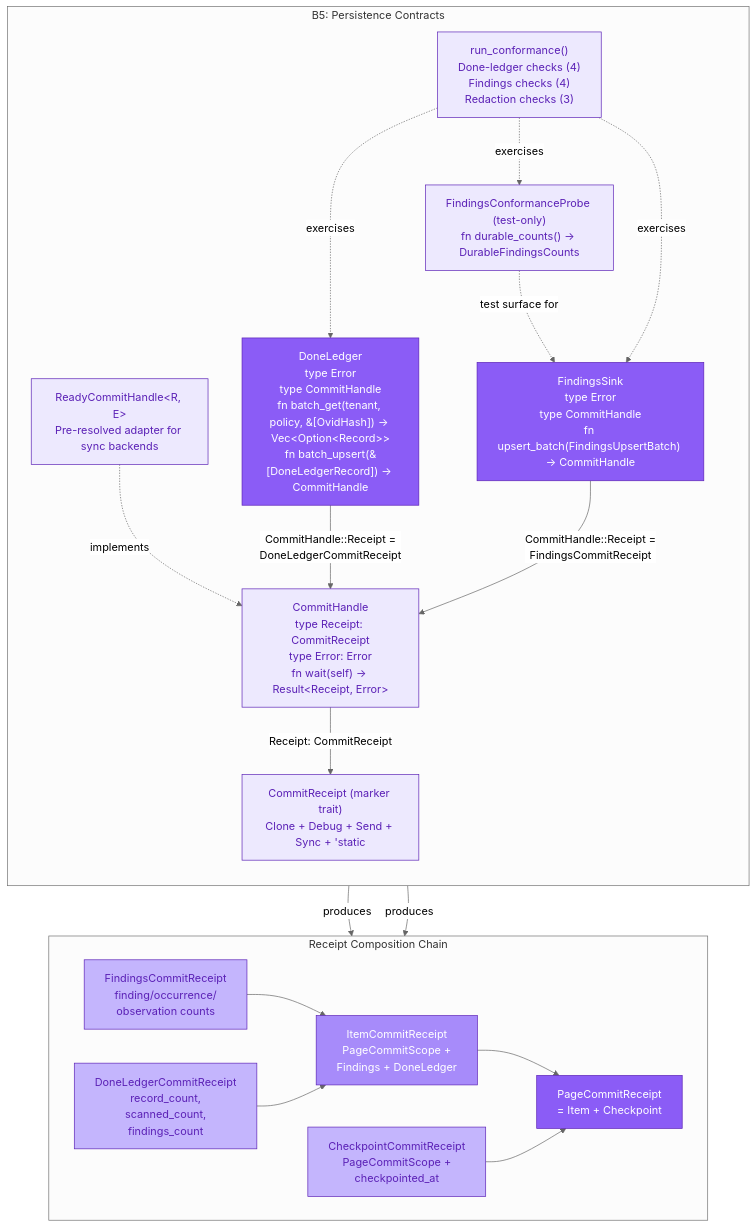
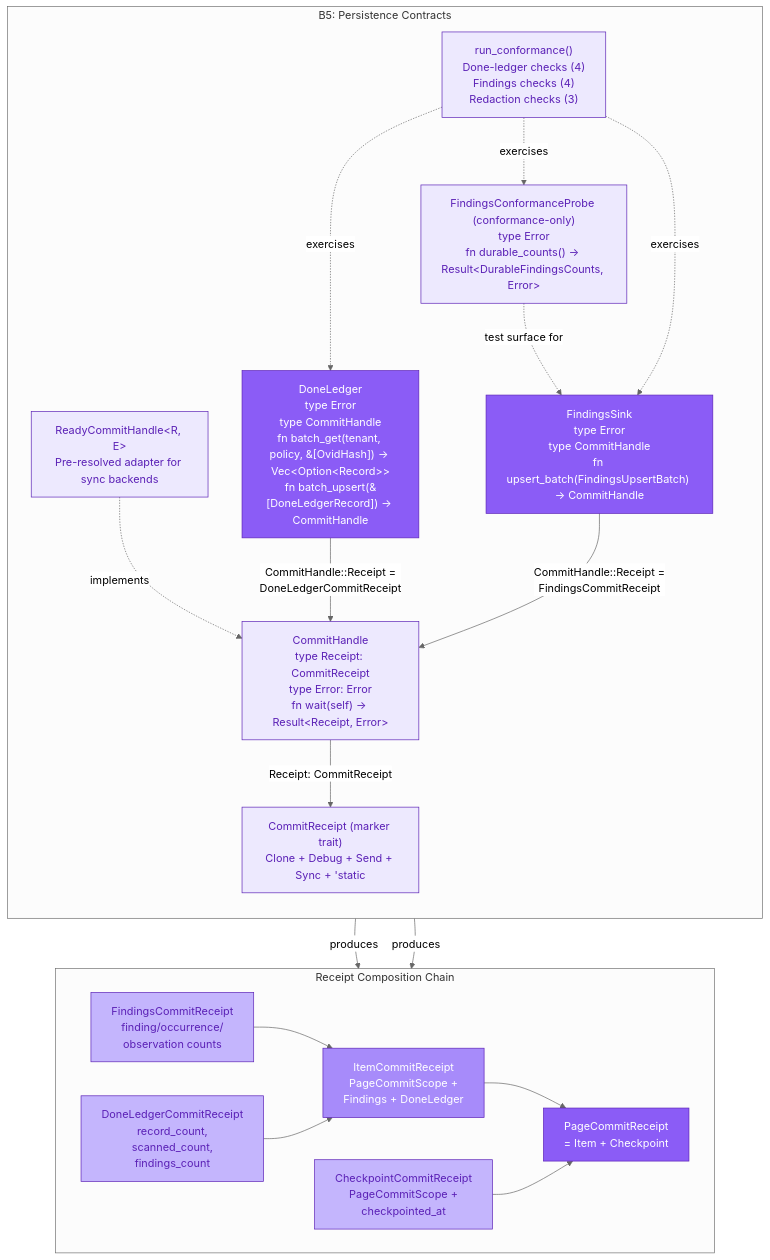
Before and after one commit to ahrav/Gossip-rs: the first of 6 diagrams in diagrams/19-persistence-contracts.md, drawn with Mermaid (neutral theme). The commit also changed other lines of this file and 3 other files, not shown here.

First line of the commit message:
Update diagrams for new persistence crates

````diff
--- a/diagrams/19-persistence-contracts.md
+++ b/diagrams/19-persistence-contracts.md
@@ -47,58 +47,58 @@
 ```mermaid
 %% Diagram: persistence-trait-hierarchy
 graph TB
     subgraph traits ["B5: Persistence Contracts"]
         direction TB
 
         CR["CommitReceipt (marker trait)<br/>Clone + Debug + Send + Sync + 'static"]
         CH["CommitHandle<br/>type Receipt: CommitReceipt<br/>type Error: Error<br/>fn wait(self) → Result&lt;Receipt, Error&gt;"]
         RCH["ReadyCommitHandle&lt;R, E&gt;<br/>Pre-resolved adapter for sync backends"]
 
         DL["DoneLedger<br/>type Error<br/>type CommitHandle<br/>fn batch_get(tenant, policy, &amp;[OvidHash]) → Vec&lt;Option&lt;Record&gt;&gt;<br/>fn batch_upsert(&amp;[DoneLedgerRecord]) → CommitHandle"]
         FS["FindingsSink<br/>type Error<br/>type CommitHandle<br/>fn upsert_batch(FindingsUpsertBatch) → CommitHandle"]
-        FCP["FindingsConformanceProbe (test-only)<br/>fn durable_counts() → DurableFindingsCounts"]
+        FCP["FindingsConformanceProbe (conformance-only)<br/>type Error<br/>fn durable_counts() → Result&lt;DurableFindingsCounts, Error&gt;"]
 
         CONF["run_conformance()<br/>Done-ledger checks (4)<br/>Findings checks (4)<br/>Redaction checks (3)"]
 
         CH -->|"Receipt: CommitReceipt"| CR
         RCH -.->|"implements"| CH
         DL -->|"CommitHandle::Receipt =<br/>DoneLedgerCommitReceipt"| CH
         FS -->|"CommitHandle::Receipt =<br/>FindingsCommitReceipt"| CH
         FCP -.->|"test surface for"| FS
         CONF -.->|"exercises"| DL
         CONF -.->|"exercises"| FS
         CONF -.->|"exercises"| FCP
     end
 
     subgraph receipts ["Receipt Composition Chain"]
         direction LR
 
         FCR["FindingsCommitReceipt<br/>finding/occurrence/<br/>observation counts"]
         DLCR["DoneLedgerCommitReceipt<br/>record_count,<br/>scanned_count,<br/>findings_count"]
         CCR["CheckpointCommitReceipt<br/>PageCommitScope +<br/>checkpointed_at"]
         ICR["ItemCommitReceipt<br/>PageCommitScope +<br/>Findings + DoneLedger"]
         PCR["PageCommitReceipt<br/>= Item + Checkpoint"]
 
         FCR --> ICR
         DLCR --> ICR
         ICR --> PCR
         CCR --> PCR
     end
 
     FS -->|"produces"| FCR
     DL -->|"produces"| DLCR
 
     style CR fill:#EDE9FE,stroke:#5B21B6,color:#5B21B6
     style CH fill:#EDE9FE,stroke:#5B21B6,color:#5B21B6
     style RCH fill:#EDE9FE,stroke:#5B21B6,color:#5B21B6
     style DL fill:#8B5CF6,stroke:#5B21B6,color:#FFF
     style FS fill:#8B5CF6,stroke:#5B21B6,color:#FFF
     style FCP fill:#EDE9FE,stroke:#5B21B6,color:#5B21B6
     style CONF fill:#EDE9FE,stroke:#5B21B6,color:#5B21B6
 
     style FCR fill:#C4B5FD,stroke:#5B21B6,color:#5B21B6
     style DLCR fill:#C4B5FD,stroke:#5B21B6,color:#5B21B6
     style CCR fill:#C4B5FD,stroke:#5B21B6,color:#5B21B6
     style ICR fill:#A78BFA,stroke:#5B21B6,color:#FFF
     style PCR fill:#8B5CF6,stroke:#5B21B6,color:#FFF
 ```
````
